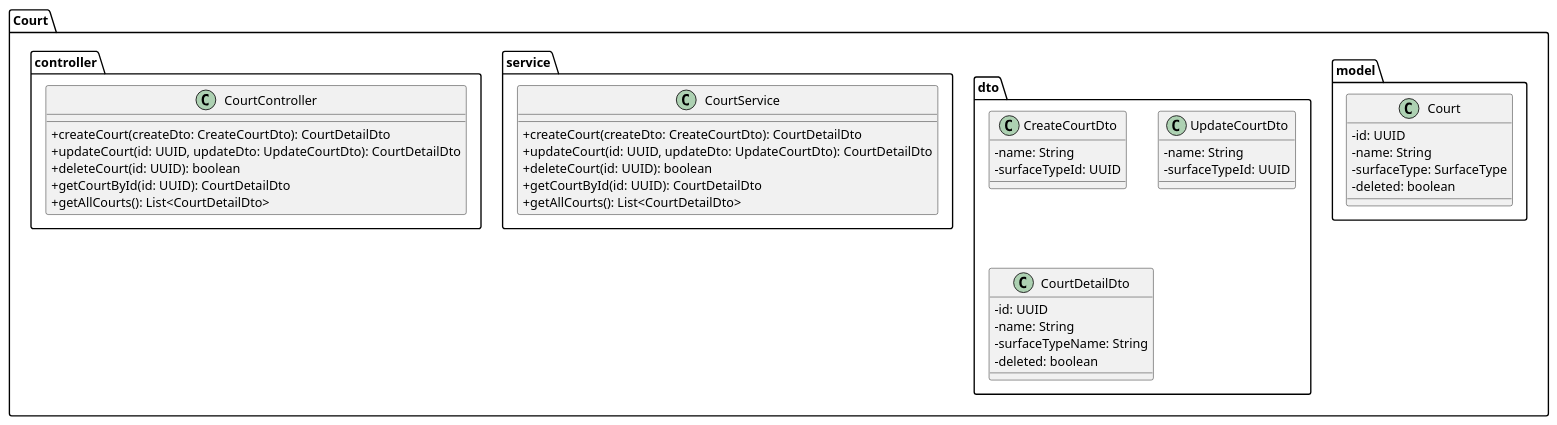
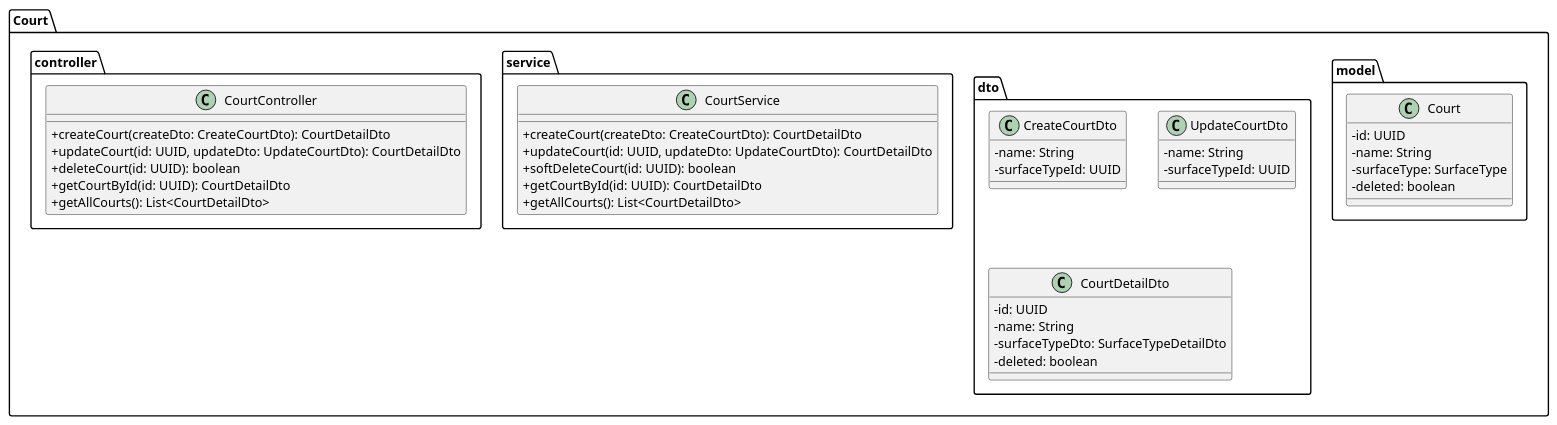
One commit to tondracek/inqool-tennis changed the diagram in docs/diagram/class-court.puml. Above: the diagram before and after it, drawn with PlantUML. The commit also changed 28 other files, not shown here.

```diff
--- a/docs/diagram/class-court.puml
+++ b/docs/diagram/class-court.puml
@@ -1,56 +1,56 @@
 @startuml
 
 skinparam classAttributeIconSize 0
 
 package "Court" {
 
 	package "model" {
 	  class Court {
 	    - id: UUID
 	    - name: String
 	    - surfaceType: SurfaceType
 	    - deleted: boolean
 	  }
 	}
 
 	package "dto" {
 		class CreateCourtDto {
 			- name: String
 			- surfaceTypeId: UUID
 		}
 
 		class UpdateCourtDto {
 			- name: String
 			- surfaceTypeId: UUID
 		}
 
 		class CourtDetailDto {
 			- id: UUID
 			- name: String
-			- surfaceTypeName: String
+			- surfaceTypeDto: SurfaceTypeDetailDto
 			- deleted: boolean
 		}
 	}
 
 	package "service" {
 		class CourtService {
 			+ createCourt(createDto: CreateCourtDto): CourtDetailDto
 			+ updateCourt(id: UUID, updateDto: UpdateCourtDto): CourtDetailDto
-			+ deleteCourt(id: UUID): boolean
+			+ softDeleteCourt(id: UUID): boolean
 			+ getCourtById(id: UUID): CourtDetailDto
 			+ getAllCourts(): List<CourtDetailDto>
 		}
 	}
 
 	package "controller" {
 		class CourtController {
 			+ createCourt(createDto: CreateCourtDto): CourtDetailDto
 			+ updateCourt(id: UUID, updateDto: UpdateCourtDto): CourtDetailDto
 			+ deleteCourt(id: UUID): boolean
 			+ getCourtById(id: UUID): CourtDetailDto
 			+ getAllCourts(): List<CourtDetailDto>
 		}
 	}
 }
 
 @enduml
```
